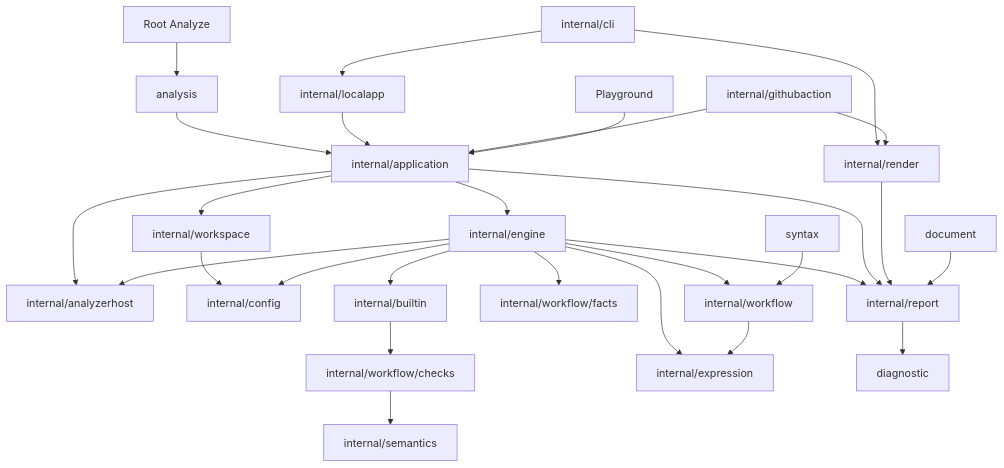
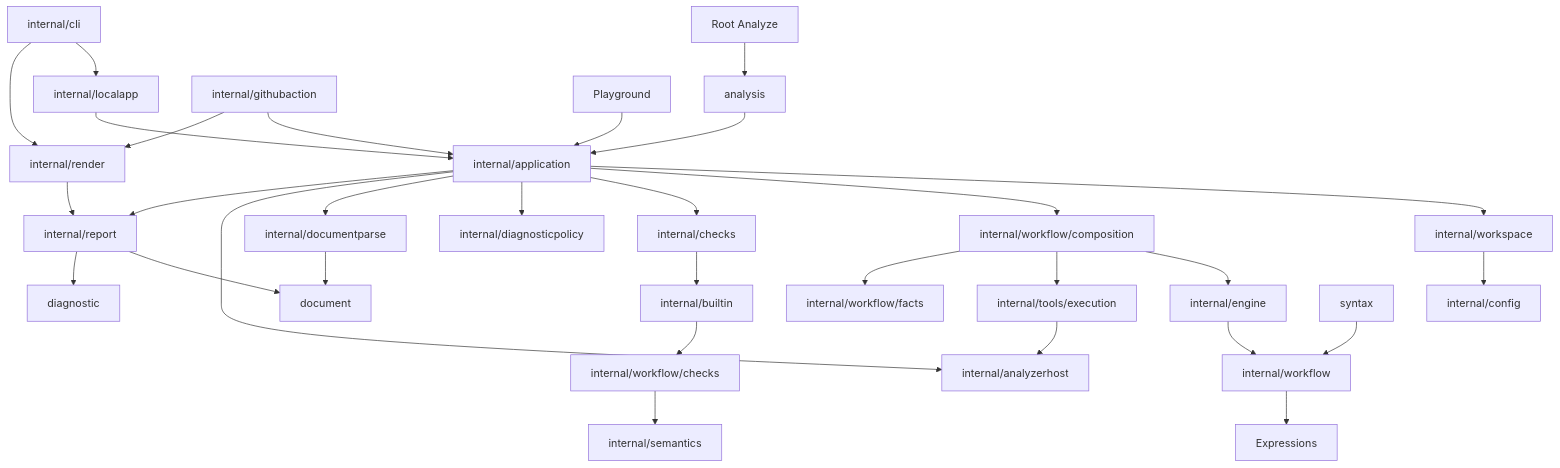
Before and after one commit to kjanat/actionlint: the first of 2 diagrams in docs/design/analysis-contracts.md, drawn with Mermaid. The commit also changed other lines of this file and 243 other files, not shown here.

````diff
--- a/docs/design/analysis-contracts.md
+++ b/docs/design/analysis-contracts.md
@@ -31,30 +32,33 @@
 ```mermaid
 flowchart TD
     Root[Root Analyze] --> API[analysis]
     API --> App[internal/application]
     CLI[internal/cli] --> Local[internal/localapp]
     Local --> App
     Action[internal/githubaction] --> App
     Browser[Playground] --> App
     App --> Workspace[internal/workspace]
-    App --> Engine[internal/engine]
+    App --> Composition[internal/workflow/composition]
+    App --> Registry[internal/checks]
+    App --> Policy[internal/diagnosticpolicy]
+    App --> Decode[internal/documentparse]
     App --> Host[internal/analyzerhost]
+    Composition --> Engine[internal/engine]
+    Composition --> Scripts[internal/tools/execution]
+    Scripts --> Host
     Workspace --> Config[internal/config]
-    Engine --> Config
     Engine --> Workflow[internal/workflow]
-    Engine --> Facts[internal/workflow/facts]
-    Engine --> Builtin[internal/builtin]
+    Composition --> Facts[internal/workflow/facts]
+    Registry --> Builtin[internal/builtin]
     Builtin --> Checks[internal/workflow/checks]
     Checks --> Semantics[internal/semantics]
-    Engine --> Expressions[internal/expression]
     Workflow --> Expressions
-    Engine --> Host
-    Engine --> Models[internal/report]
-    App --> Models
+    App --> Models[internal/report]
+    Decode --> Documents[document]
+    Models --> Documents
     CLI --> Render[internal/render]
     Action --> Render
     Render --> Models
     Models --> Diagnostic[diagnostic]
     Syntax[syntax] --> Workflow
-    Documents[document] --> Models
 ```
````
